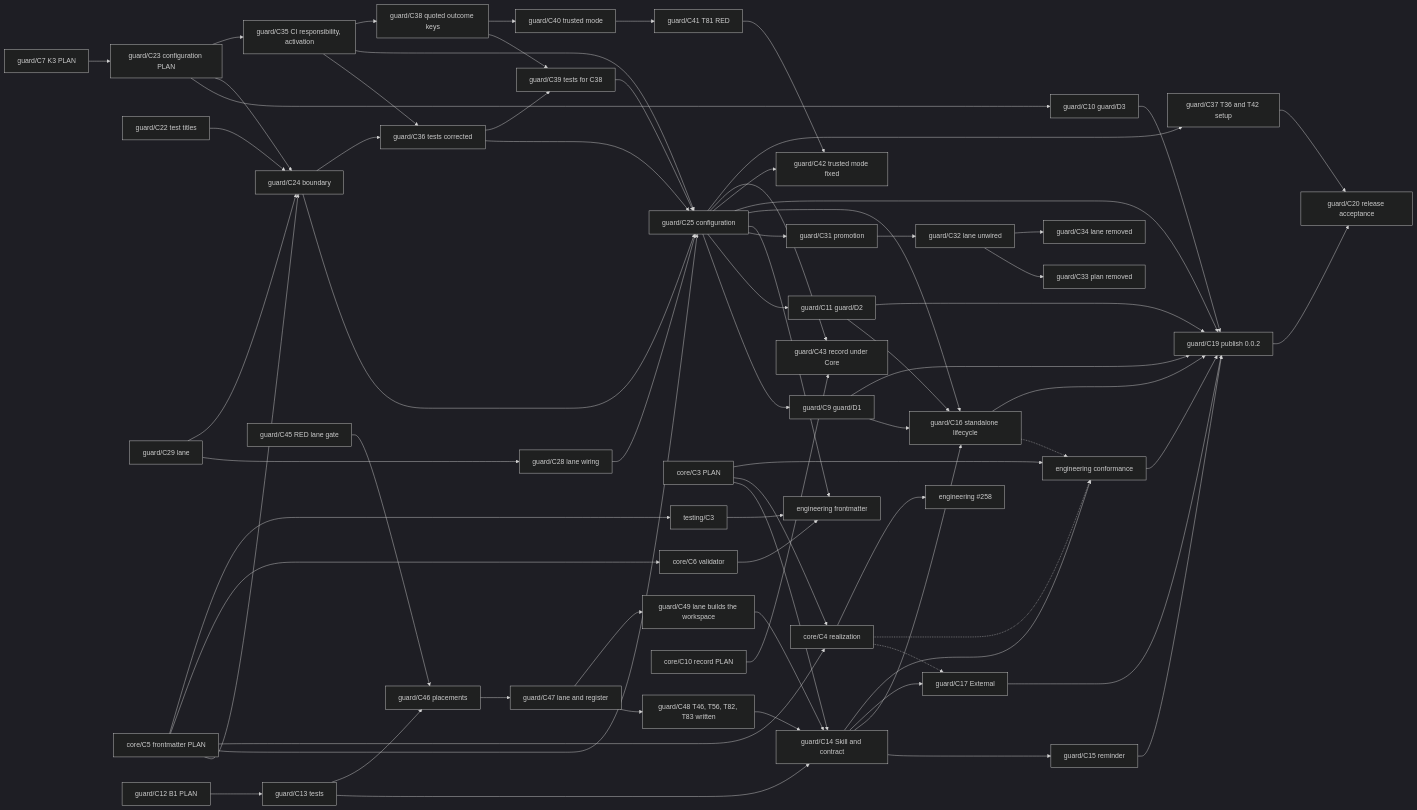
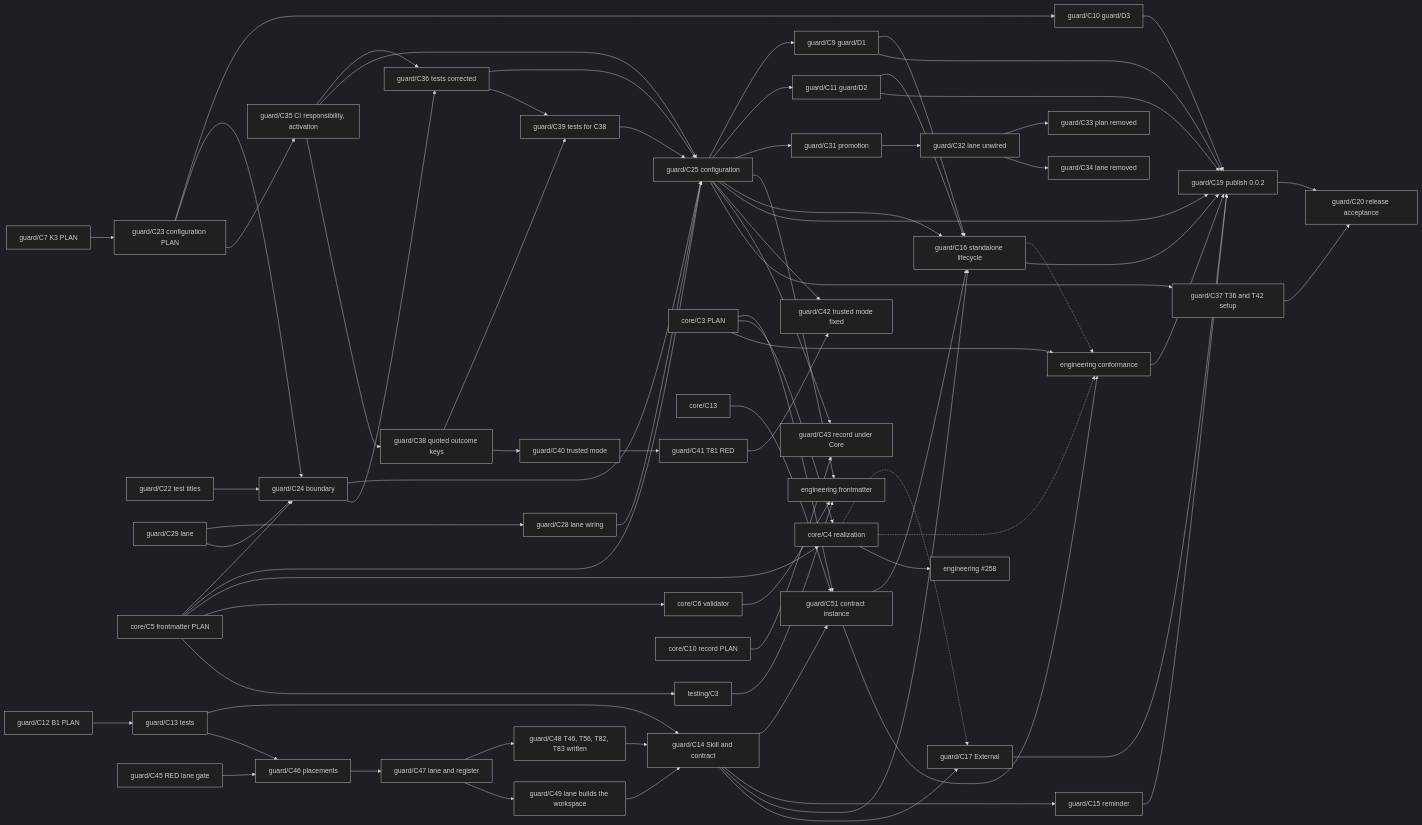
One commit to Kai-Hacks-AI/KAAL changed the diagram in engineering/guard/change.md. Above: the diagram before and after it, drawn with Mermaid (dark theme). The commit also changed other lines of this file, not shown here.

Commit message:
guard/C52: Change map, guard/C14 split into the Skill source and guard/C51's contract instance

````diff
--- a/engineering/guard/change.md
+++ b/engineering/guard/change.md
@@ -245,74 +247,77 @@
 ```mermaid
 graph LR
   C7[guard/C7 K3 PLAN] --> C23[guard/C23 configuration PLAN]
   C25 --> C9[guard/C9 guard/D1]
   C23 --> C10[guard/C10 guard/D3]
   C25 --> C11[guard/C11 guard/D2]
   C22[guard/C22 test titles] --> C24[guard/C24 boundary]
   C23 --> C24
   C29[guard/C29 lane] --> C28[guard/C28 lane wiring]
   C29 --> C24
   C28 --> C25
   C24 --> C25[guard/C25 configuration]
   C23 --> C35[guard/C35 CI responsibility, activation]
   C35 --> C36[guard/C36 tests corrected]
   C24 --> C36
   C35 --> C25
   C36 --> C25
   C25 --> C31[guard/C31 promotion]
   C31 --> C32[guard/C32 lane unwired]
   C32 --> C33[guard/C33 plan removed]
   C32 --> C34[guard/C34 lane removed]
   FM5 --> C24
   FM5 --> C25
   C25 --> FE
   C12[guard/C12 B1 PLAN] --> C13[guard/C13 tests]
   C13 --> C14[guard/C14 Skill and contract]
   C13 --> C46[guard/C46 placements]
   C45[guard/C45 RED lane gate] --> C46
   C46 --> C47[guard/C47 lane and register]
   C47 --> C48[guard/C48 T46, T56, T82, T83 written]
   C48 --> C14
   C47 --> C49[guard/C49 lane builds the workspace]
   C49 --> C14
-  CP[core/C3 PLAN] --> C14
+  CP[core/C3 PLAN] --> C51
+  C14 --> C51[guard/C51 contract instance]
+  C13C[core/C13] --> C51
+  C51 --> C16
   C14 --> C15[guard/C15 reminder]
   C14 --> C16[guard/C16 standalone lifecycle]
   C25 --> C16
   C9 --> C16
   C11 --> C16
   C14 --> C17[guard/C17 External]
   CP --> CR[core/C4 realization]
   FM5[core/C5 frontmatter PLAN] --> CR
   FM5 --> FM6[core/C6 validator]
   FM5 --> TT[testing/C3]
   FM6 --> FE[engineering frontmatter]
   TT --> FE
   CR -.-> C17
-  C14 --> EC[engineering conformance]
+  C51 --> EC[engineering conformance]
   CP --> EC
   C16 -.-> EC
   CR -.-> EC
   CR --> EA[engineering #258]
   C9 --> C19[guard/C19 publish 0.0.2]
   C10 --> C19
   C11 --> C19
   C15 --> C19
   C16 --> C19
   C25 --> C19
   C17 --> C19
   EC --> C19
   C35 --> C38[guard/C38 quoted outcome keys]
   C38 --> C39[guard/C39 tests for C38]
   C36 --> C39
   C39 --> C25
   C38 --> C40[guard/C40 trusted mode]
   C40 --> C41[guard/C41 T81 RED]
   C41 --> C42[guard/C42 trusted mode fixed]
   C25 --> C42
   C25 --> C43[guard/C43 record under Core]
   CRC[core/C10 record PLAN] --> C43
   C25 --> C37[guard/C37 T36 and T42 setup]
   C37 --> C20[guard/C20 release acceptance]
   C19 --> C20
 ```
````
